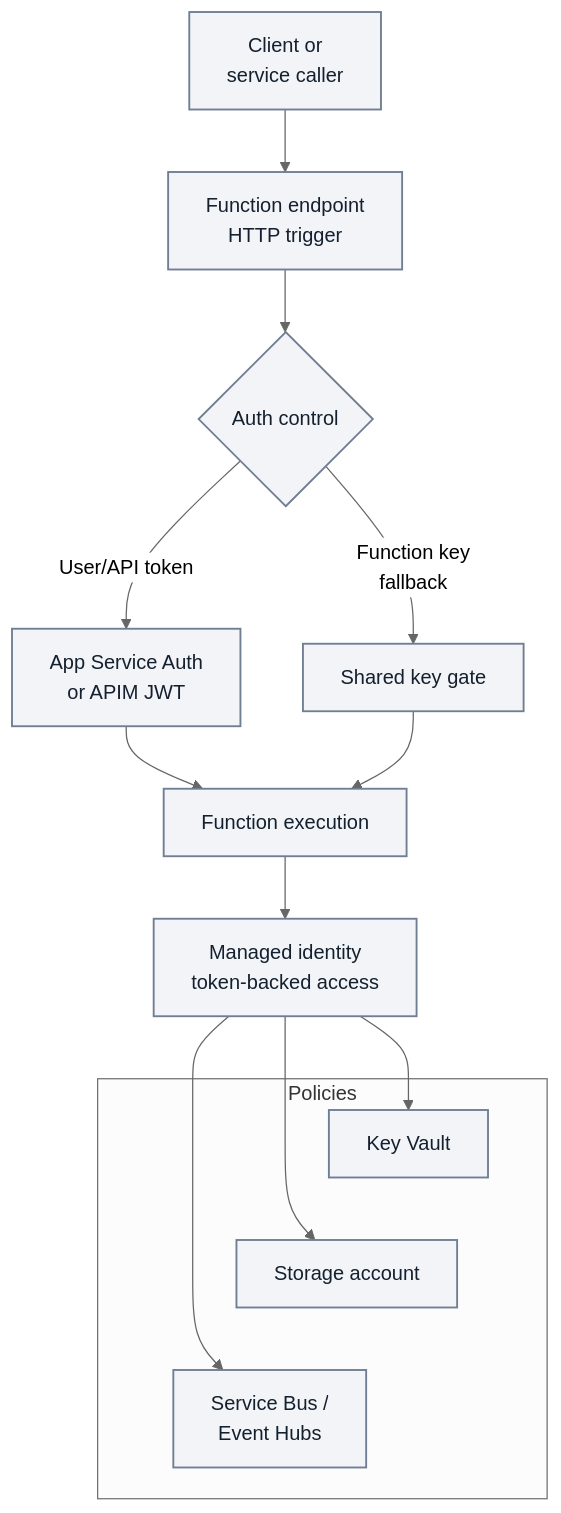
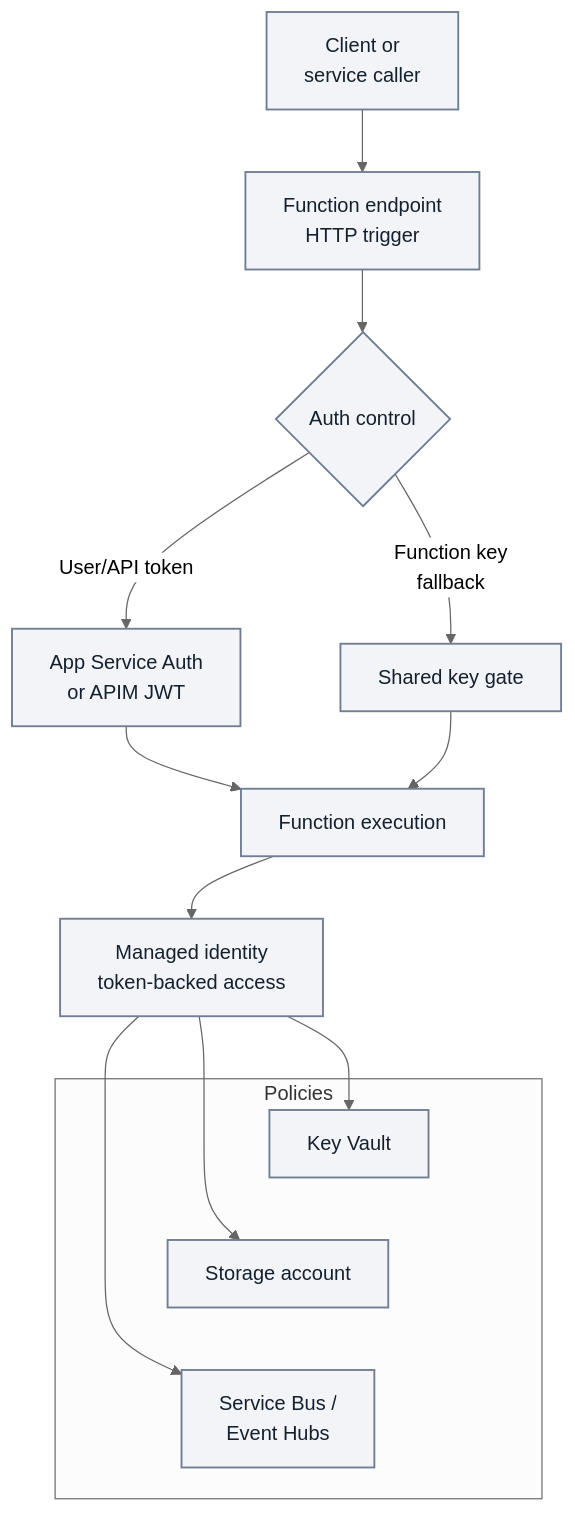
One commit to yeongseon/azure-functions-practical-guide changed the second of 2 diagrams in docs/best-practices/security.md. Above: the diagram before and after it, drawn with Mermaid (neutral theme). The commit also changed 1 other file, not shown here.

Commit message:
docs(diagrams): clear the dependency policy group title
Offset dependency routing with a layout-only anchor and local spacing so
connectors clear Policies without changing the graph or its labels.
Refresh the owned boundary record, retaining its in-progress state.

Refs #241

````diff
--- a/docs/best-practices/security.md
+++ b/docs/best-practices/security.md
@@ -339,25 +339,28 @@
 ```mermaid
+%%{init: {'flowchart': {'nodeSpacing': 80}}}%%
 flowchart TD
     accTitle: Alternative HTTP security controls and dependency policies
     accDescr: Conceptual relationship map, not a network route or token protocol. Token and shared-key controls lead to function execution; managed identity supports access to Key Vault, Storage, Service Bus and Event Hubs. The Policies dependency group denotes network policy scope, not VNet containment. The token and key branches illustrate alternative configurations, not automatic fallback; a function key does not bypass required Easy Auth or gateway token validation.
     Caller["Client or<br/>service caller"] --> Ingress["Function endpoint<br/>HTTP trigger"]
     Ingress --> Auth{Auth control}
     Auth -->|"User/API token"| AppAuth["App Service Auth<br/>or APIM JWT"]
     Auth -->|"Function key<br/>fallback"| KeyGate["Shared key gate"]
     AppAuth --> Code[Function execution]
     KeyGate --> Code
     Code --> MI["Managed identity<br/>token-backed access"]
     MI --> KV[Key Vault]
     MI --> ST[Storage account]
     MI --> SB["Service Bus /<br/>Event Hubs"]
     subgraph NetworkBoundary["Policies"]
         KV
         ST
         SB
     end
     %% Layout-only links tier the dependency list; no extra steps or semantic arrows.
     KV ~~~ ST
     ST ~~~ SB
+    %% Layout-only anchor offsets the dependency group from the incoming paths.
+    Code ~~~ SB
     classDef baseNeutral fill:#f2f4f8,stroke:#707e93,stroke-width:1.5px,color:#14202e;
     class Caller,Ingress,Auth,AppAuth,KeyGate,Code,MI,KV,ST,SB baseNeutral;
 ```
````
